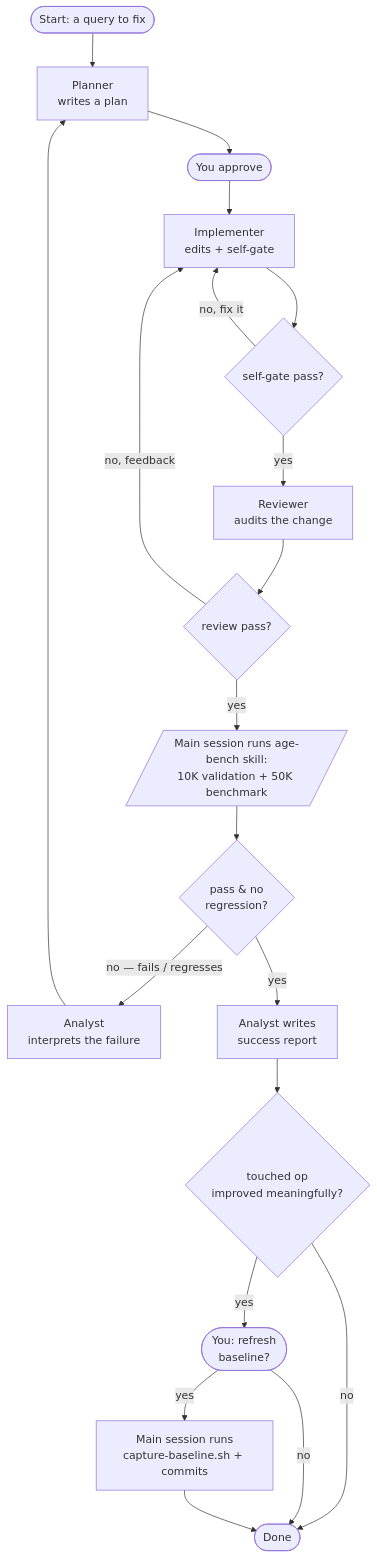
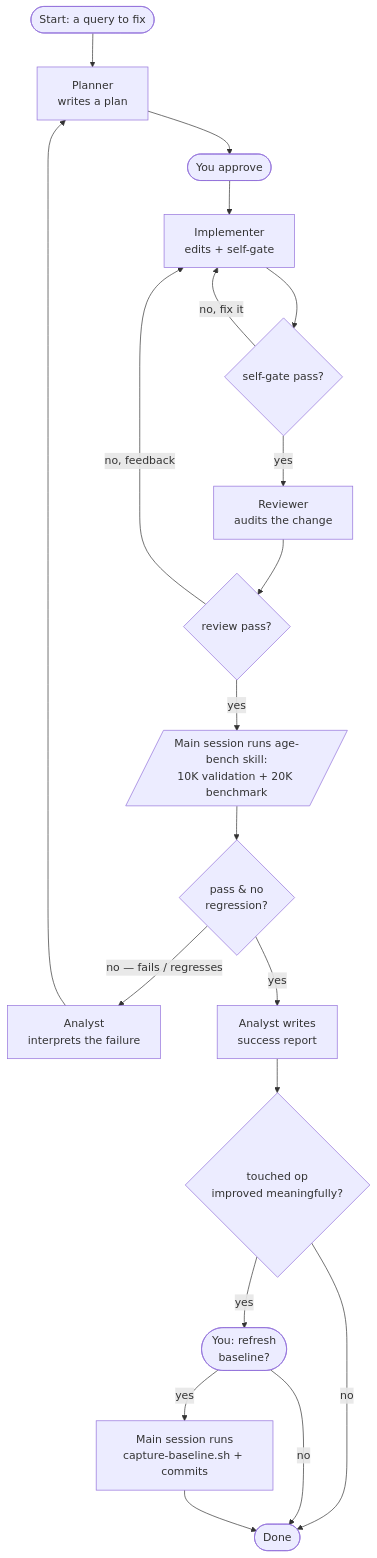
One commit to EmumbaOrg/ldbc_snb_interactive_v1_impls changed the diagram in age/agents-workflow.md. Above: the diagram before and after it, drawn with Mermaid. The commit also changed other lines of this file and 8 other files, not shown here.

````diff
--- a/age/agents-workflow.md
+++ b/age/agents-workflow.md
@@ -31,22 +31,22 @@
 ```mermaid
 flowchart TD
     START([Start: a query to fix]) --> PLAN["Planner<br/>writes a plan"]
     PLAN --> APP([You approve])
     APP --> IMPL["Implementer<br/>edits + self-gate"]
     IMPL --> T{self-gate pass?}
     T -->|no, fix it| IMPL
     T -->|yes| REV["Reviewer<br/>audits the change"]
     REV --> RV{review pass?}
     RV -->|no, feedback| IMPL
-    RV -->|yes| SKILL[/"Main session runs age-bench skill:<br/>10K validation + 50K benchmark"/]
+    RV -->|yes| SKILL[/"Main session runs age-bench skill:<br/>10K validation + 20K benchmark"/]
     SKILL --> CHK{pass & no<br/>regression?}
     CHK -->|no — fails / regresses| ANAF["Analyst<br/>interprets the failure"]
     ANAF --> PLAN
     CHK -->|yes| ANAS["Analyst writes<br/>success report"]
     ANAS --> REFQ{touched op<br/>improved meaningfully?}
     REFQ -->|no| DONE([Done])
     REFQ -->|yes| ASKHUMAN([You: refresh<br/>baseline?])
     ASKHUMAN -->|no| DONE
     ASKHUMAN -->|yes| REFRESH["Main session runs<br/>capture-baseline.sh + commits"]
     REFRESH --> DONE
 ```
````
